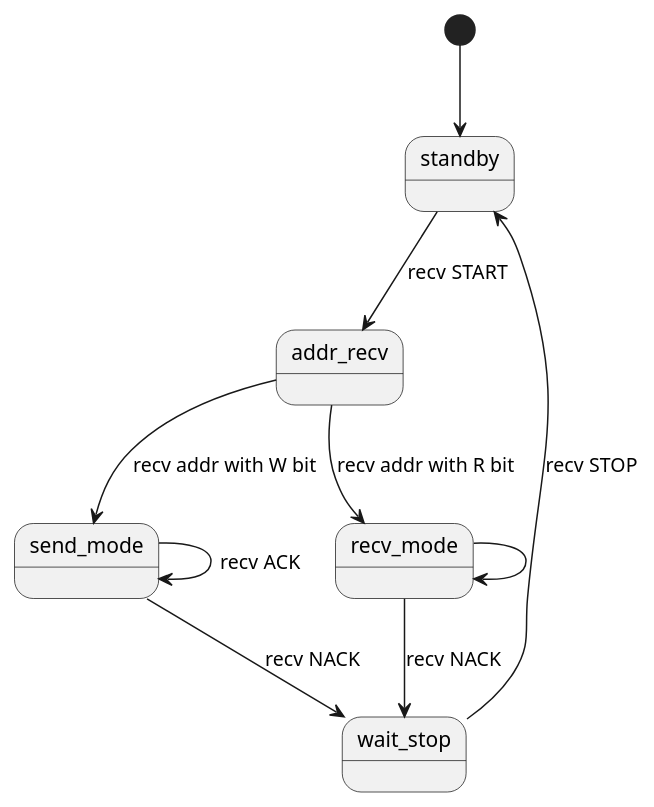
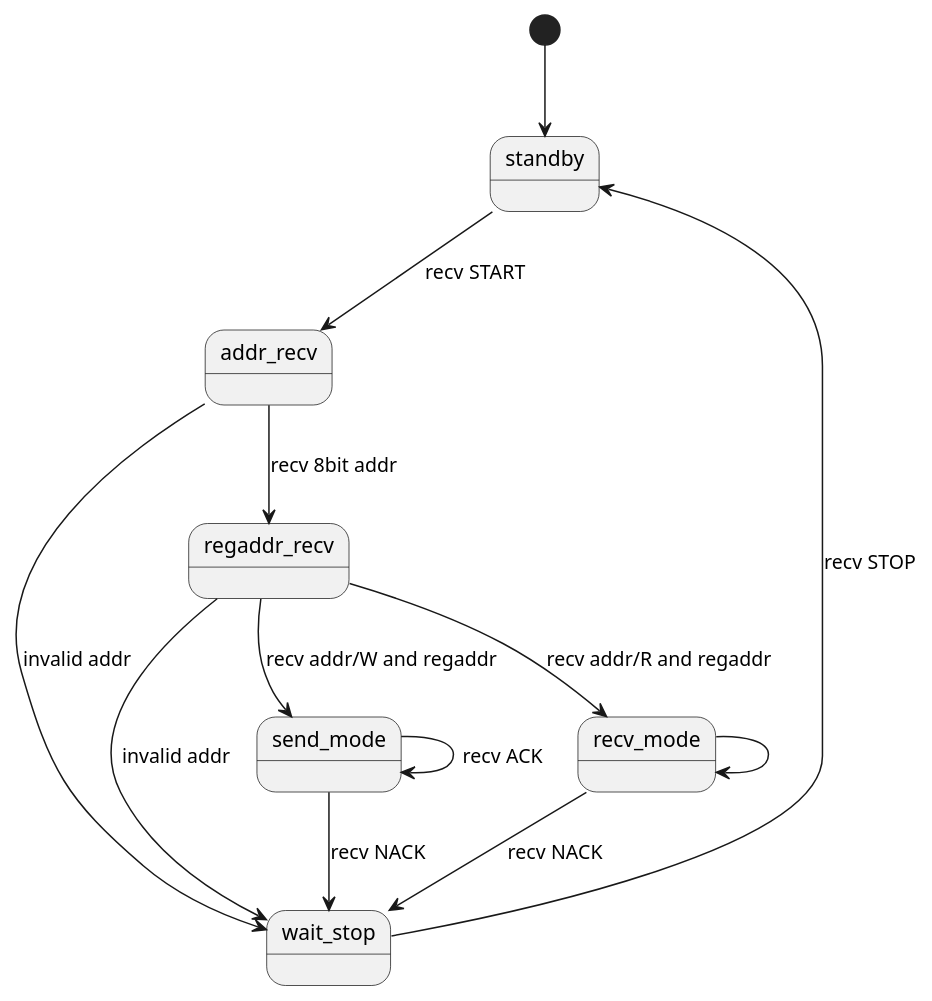
One commit to ken551/myI2CSlave_cubeMX changed the diagram in docs/statemachine.pu. Above: the diagram before and after it, drawn with PlantUML.

Commit message:
edit statemachine

```diff
--- a/docs/statemachine.pu
+++ b/docs/statemachine.pu
@@ -1,11 +1,14 @@
 @startuml
 [*] --> standby
 standby --> addr_recv : recv START
 wait_stop --> standby : recv STOP
-addr_recv --> send_mode : recv addr with W bit
-addr_recv --> recv_mode : recv addr with R bit
+addr_recv --> regaddr_recv : recv 8bit addr
+addr_recv --> wait_stop : invalid addr
+regaddr_recv --> send_mode : recv addr/W and regaddr
+regaddr_recv --> recv_mode : recv addr/R and regaddr
+regaddr_recv --> wait_stop : invalid addr
 send_mode --> send_mode : recv ACK
 send_mode --> wait_stop : recv NACK
 recv_mode --> recv_mode
 recv_mode --> wait_stop : recv NACK
 @enduml]
```
